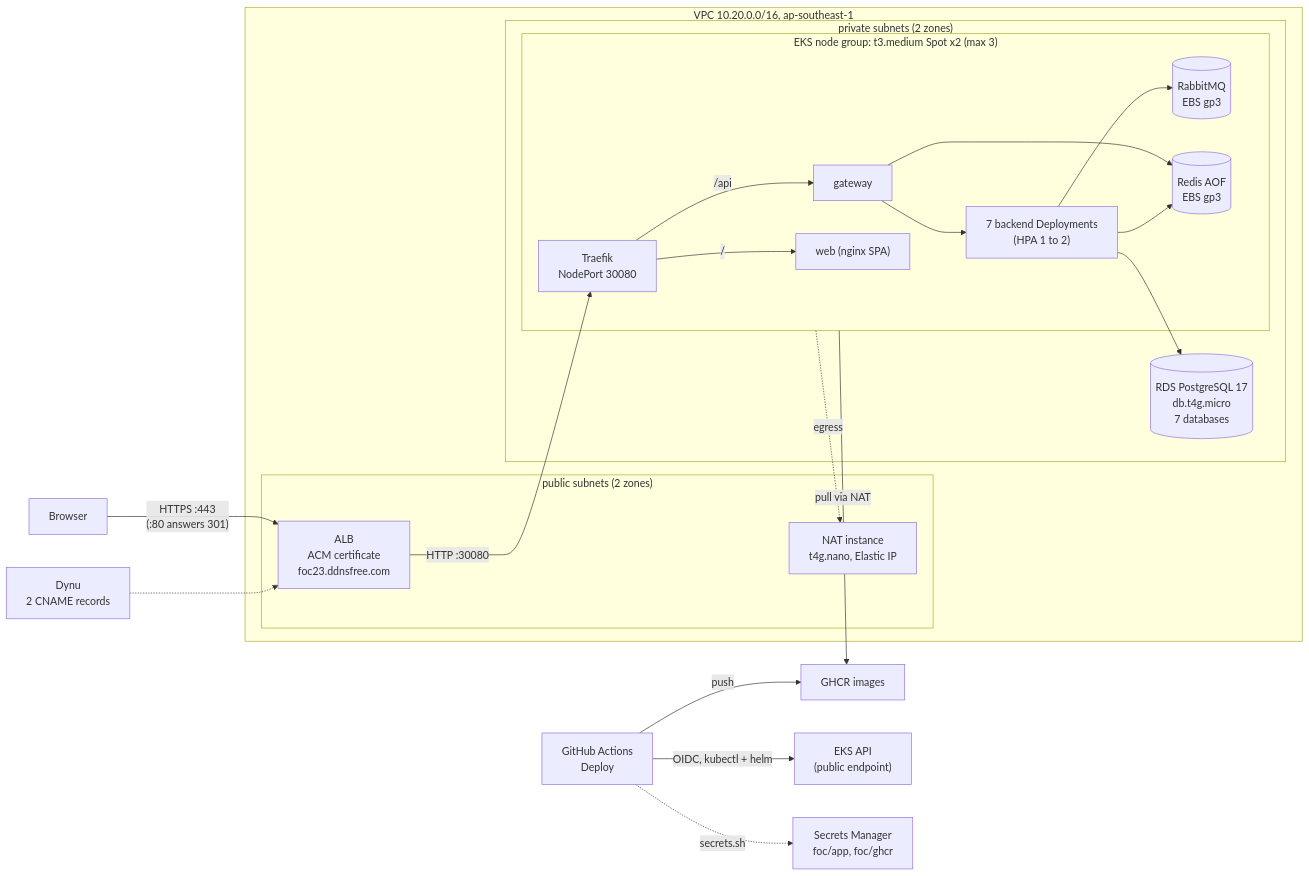
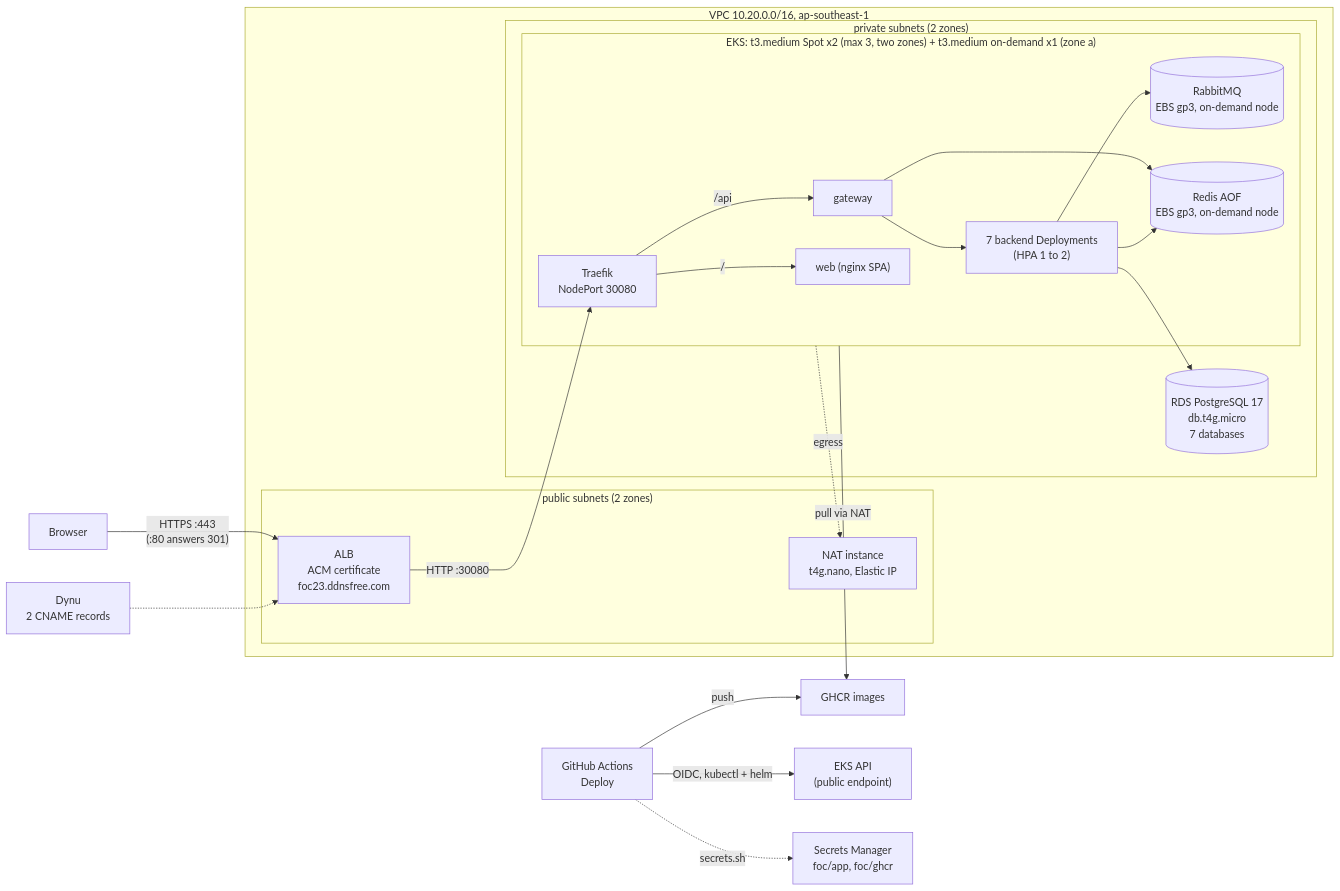
Before and after one commit to AY2627S1-CS3219-P23/foc: the diagram in docs/deployment.md, drawn with Mermaid. The commit also changed other lines of this file and 14 other files, not shown here.

First line of the commit message:
fix(infra): PR #316 review round: on-demand node for RabbitMQ and Redis, separate master Secret, pinned RDS minor, one deploy deadline (#48)

````diff
--- a/docs/deployment.md
+++ b/docs/deployment.md
@@ -39,28 +48,28 @@
 ```mermaid
 flowchart LR
   browser["Browser"] -->|"HTTPS :443<br/>(:80 answers 301)"| alb["ALB<br/>ACM certificate<br/>foc23.ddnsfree.com"]
   dns["Dynu<br/>2 CNAME records"] -.-> alb
   subgraph vpc["VPC 10.20.0.0/16, ap-southeast-1"]
     subgraph pub["public subnets (2 zones)"]
       alb
       nat["NAT instance<br/>t4g.nano, Elastic IP"]
     end
     subgraph priv["private subnets (2 zones)"]
-      subgraph eks["EKS node group: t3.medium Spot x2 (max 3)"]
+      subgraph eks["EKS: t3.medium Spot x2 (max 3, two zones) + t3.medium on-demand x1 (zone a)"]
         traefik["Traefik<br/>NodePort 30080"] -->|"/api"| gateway
         traefik -->|"/"| web["web (nginx SPA)"]
         gateway --> svc["7 backend Deployments<br/>(HPA 1 to 2)"]
-        svc --> mq[("RabbitMQ<br/>EBS gp3")]
-        gateway --> redis[("Redis AOF<br/>EBS gp3")]
+        svc --> mq[("RabbitMQ<br/>EBS gp3, on-demand node")]
+        gateway --> redis[("Redis AOF<br/>EBS gp3, on-demand node")]
         svc --> redis
       end
       svc --> rds[("RDS PostgreSQL 17<br/>db.t4g.micro<br/>7 databases")]
     end
     alb -->|"HTTP :30080"| traefik
     eks -.->|"egress"| nat
   end
   gha["GitHub Actions<br/>Deploy"] -->|"push"| ghcr["GHCR images"]
   gha -->|"OIDC, kubectl + helm"| api["EKS API<br/>(public endpoint)"]
   gha -.->|"secrets.sh"| sm["Secrets Manager<br/>foc/app, foc/ghcr"]
   eks -->|"pull via NAT"| ghcr
 ```
````
